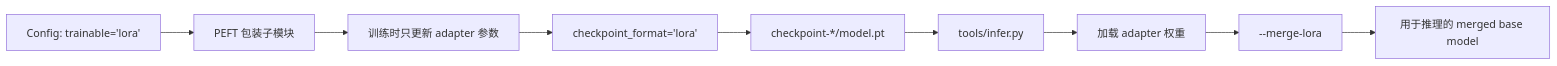
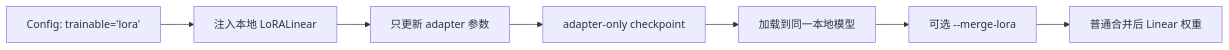
Before and after one commit to ZeyuLing/HFTrainer: the diagram in docs/zh-cn/lora.md, drawn with Mermaid. The commit also changed other lines of this file and 486 other files, not shown here.

````diff
--- a/docs/zh-cn/lora.md
+++ b/docs/zh-cn/lora.md
@@ -67,11 +67,9 @@
 ```mermaid
 flowchart LR
-    A["Config: trainable='lora'"] --> B["PEFT 包装子模块"]
-    B --> C["训练时只更新 adapter 参数"]
-    C --> D["checkpoint_format='lora'"]
-    D --> E["checkpoint-*/model.pt"]
-    E --> F["tools/infer.py"]
-    F --> G["加载 adapter 权重"]
-    G --> H["--merge-lora"]
-    H --> I["用于推理的 merged base model"]
+    A["Config: trainable='lora'"] --> B["注入本地 LoRALinear"]
+    B --> C["只更新 adapter 参数"]
+    C --> D["adapter-only checkpoint"]
+    D --> E["加载到同一本地模型"]
+    E --> F["可选 --merge-lora"]
+    F --> G["普通合并后 Linear 权重"]
 ```
````
